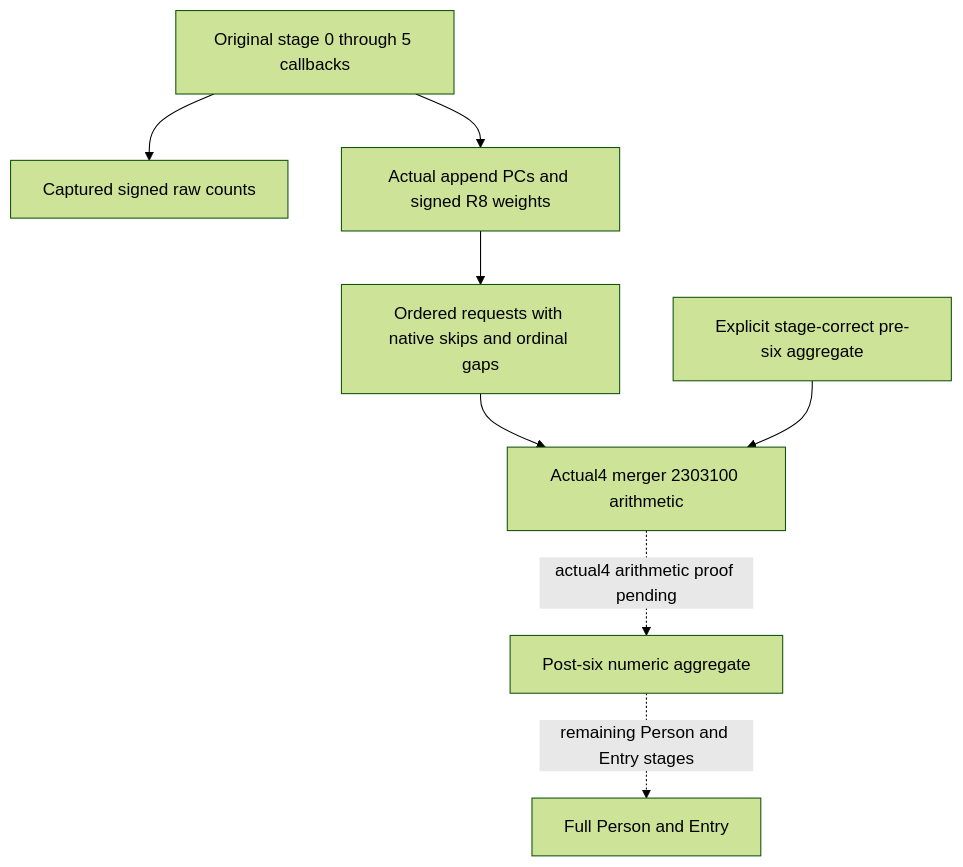
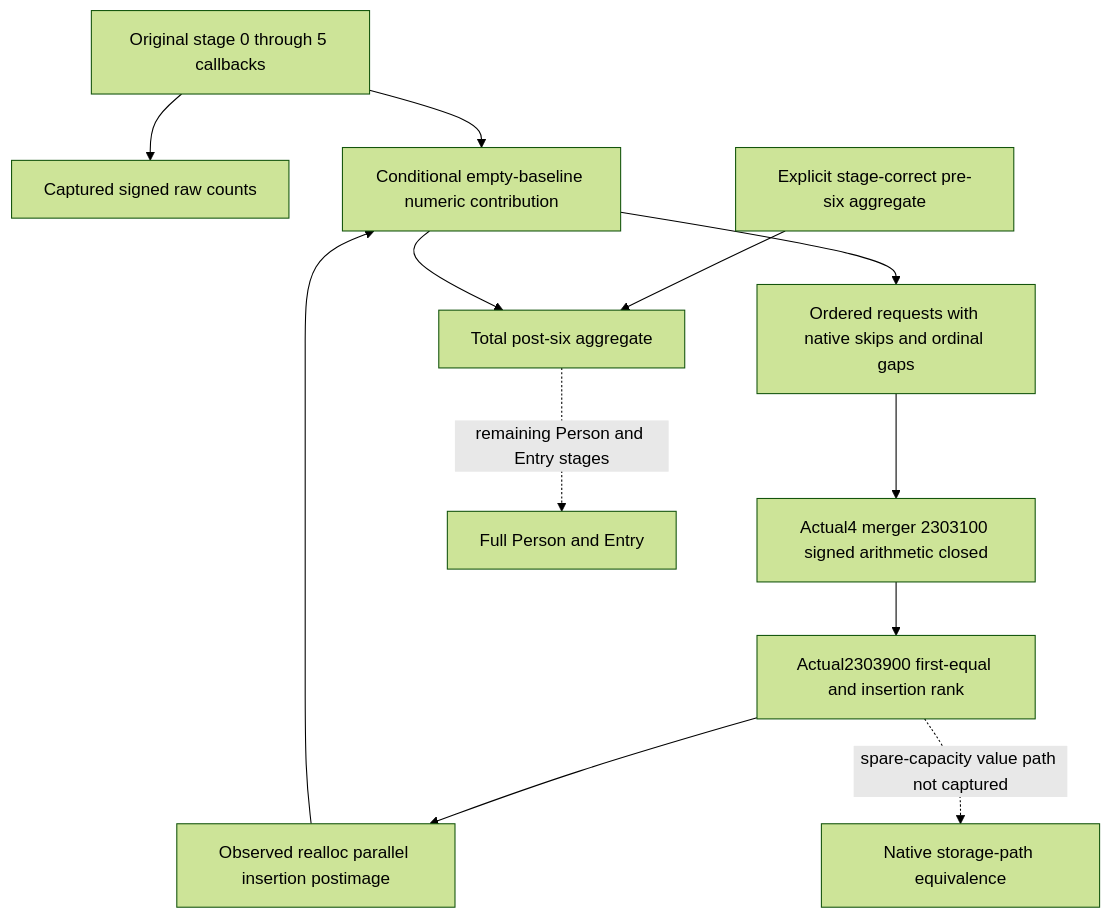
One commit to XenoAmess/ck3_eternal_recurrence changed the diagram in docs/ck3-native-ai/battle-person-six-stage-composition-12004.md. Above: the diagram before and after it, drawn with Mermaid (forest theme). The commit also changed other lines of this file and 3 other files, not shown here.

Commit message:
Implement actual4 ordered person PC arithmetic contribution

````diff
--- a/docs/ck3-native-ai/battle-person-six-stage-composition-12004.md
+++ b/docs/ck3-native-ai/battle-person-six-stage-composition-12004.md
@@ -26,10 +28,14 @@
 ```mermaid
 flowchart TD
   A[Original stage 0 through 5 callbacks] --> B[Captured signed raw counts]
   A --> C[Actual append PCs and signed R8 weights]
   C --> D[Ordered requests with native skips and ordinal gaps]
-  D --> E[Actual4 merger 2303100 arithmetic]
-  P[Explicit stage-correct pre-six aggregate] --> E
-  E -. actual4 arithmetic proof pending .-> F[Post-six numeric aggregate]
-  F -. remaining Person and Entry stages .-> G[Full Person and Entry]
+  D --> E[Actual4 merger 2303100 signed arithmetic closed]
+  E --> I[Actual2303900 first-equal and insertion rank]
+  I --> F[Observed realloc parallel insertion postimage]
+  I -. spare-capacity value path not captured .-> U[Native storage-path equivalence]
+  F --> C[Conditional empty-baseline numeric contribution]
+  P[Explicit stage-correct pre-six aggregate] --> T[Total post-six aggregate]
+  C --> T
+  T -. remaining Person and Entry stages .-> G[Full Person and Entry]
 ```
````
